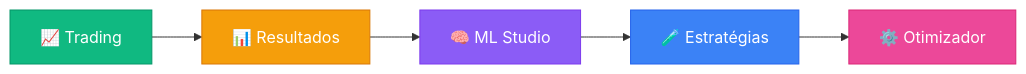
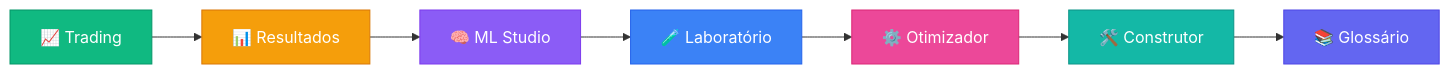
Before and after one commit to Iquitim/Gastor: the second of 2 diagrams in README.md, drawn with Mermaid. The commit also changed other lines of this file and 5 other files, not shown here.

First line of the commit message:
feat: Construtor de Estratégias + melhorias UX

````diff
--- a/README.md
+++ b/README.md
@@ -166,13 +166,17 @@
 ```mermaid
 graph LR
     A["📈 Trading"] --> B["📊 Resultados"]
     B --> C["🧠 ML Studio"]
-    C --> D["🧪 Estratégias"]
+    C --> D["🧪 Laboratório"]
     D --> E["⚙️ Otimizador"]
+    E --> F["🛠️ Construtor"]
+    F --> G["📚 Glossário"]
     
     style A fill:#10b981,stroke:#059669,color:#fff
     style B fill:#f59e0b,stroke:#d97706,color:#fff
     style C fill:#8b5cf6,stroke:#7c3aed,color:#fff
     style D fill:#3b82f6,stroke:#2563eb,color:#fff
     style E fill:#ec4899,stroke:#db2777,color:#fff
+    style F fill:#14b8a6,stroke:#0d9488,color:#fff
+    style G fill:#6366f1,stroke:#4f46e5,color:#fff
 ```
````
